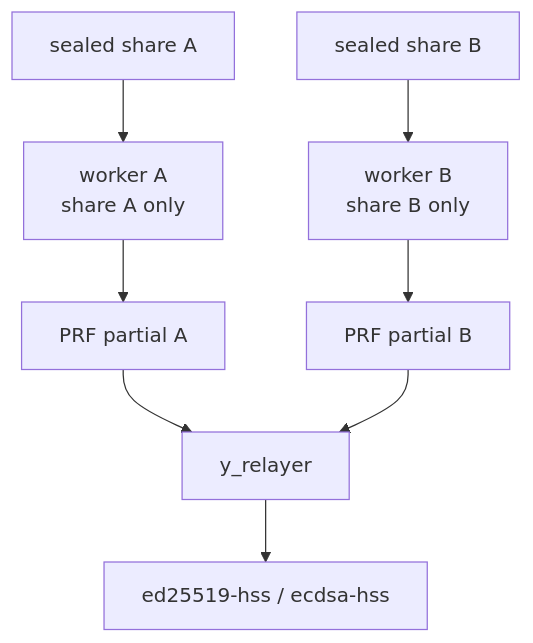
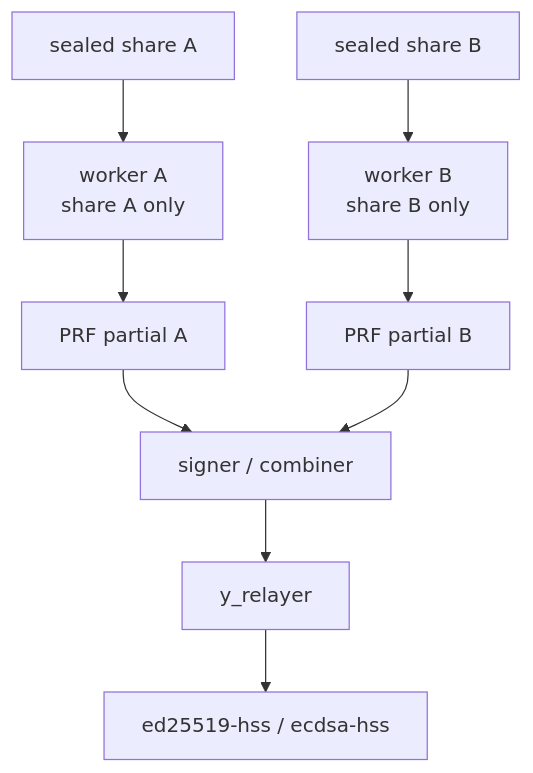
The fourth of 4 diagrams in docs/korg_secrets.md (seams-tech/seams-sdk), drawn with Mermaid before and after one commit. The commit also changed other lines of this file and 255 other files, not shown here.

````diff
--- a/docs/korg_secrets.md
+++ b/docs/korg_secrets.md
@@ -517,17 +549,18 @@
 ```mermaid
 flowchart TD
   S1["sealed share A"]
   S2["sealed share B"]
   W1["worker A<br/>share A only"]
   W2["worker B<br/>share B only"]
   P1["PRF partial A"]
   P2["PRF partial B"]
+  Signer["signer / combiner"]
   Y["y_relayer"]
   HSS["ed25519-hss / ecdsa-hss"]
 
   S1 --> W1 --> P1
   S2 --> W2 --> P2
-  P1 --> Y
-  P2 --> Y
-  Y --> HSS
+  P1 --> Signer
+  P2 --> Signer
+  Signer --> Y --> HSS
 ```
````
